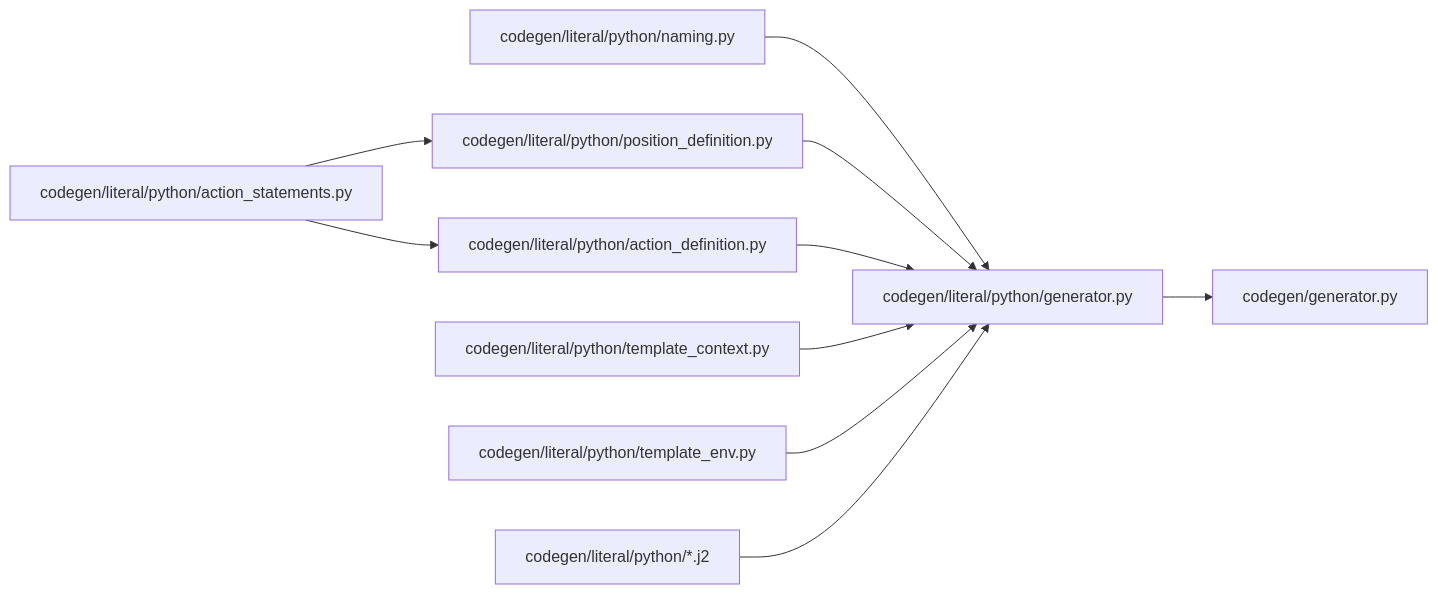
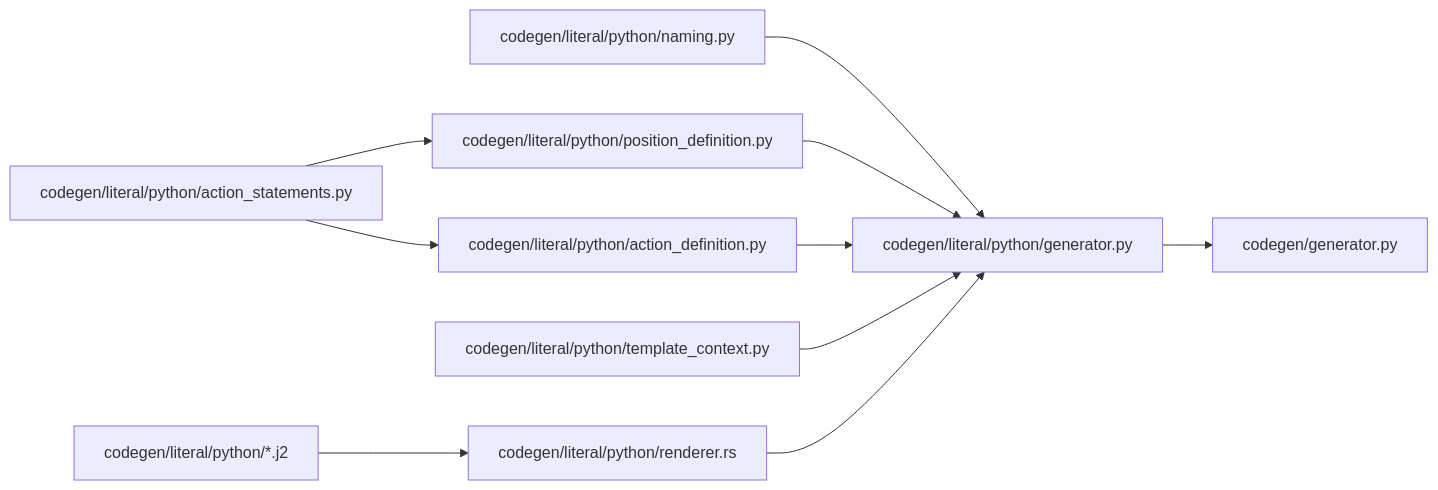
The sixth of 7 diagrams in define/AGENTS.md (define-lang/define), drawn with Mermaid before and after one commit. The commit also changed 42 other files, not shown here.

````diff
--- a/define/AGENTS.md
+++ b/define/AGENTS.md
@@ -94,12 +94,12 @@
 ```mermaid
 flowchart LR
     PythonGenerator["codegen/literal/python/generator.py"] --> CodeGenerator["codegen/generator.py"]
     Naming["codegen/literal/python/naming.py"] --> PythonGenerator
     PositionDef["codegen/literal/python/position_definition.py"] --> PythonGenerator
     ActionDef["codegen/literal/python/action_definition.py"] --> PythonGenerator
     TemplateCtx["codegen/literal/python/template_context.py"] --> PythonGenerator
-    TemplateEnv["codegen/literal/python/template_env.py"] --> PythonGenerator
+    Renderer["codegen/literal/python/renderer.rs"] --> PythonGenerator
     ActionStmts["codegen/literal/python/action_statements.py"] --> PositionDef
     ActionStmts --> ActionDef
-    Template["codegen/literal/python/*.j2"] --> PythonGenerator
+    Template["codegen/literal/python/*.j2"] --> Renderer
 ```
````
